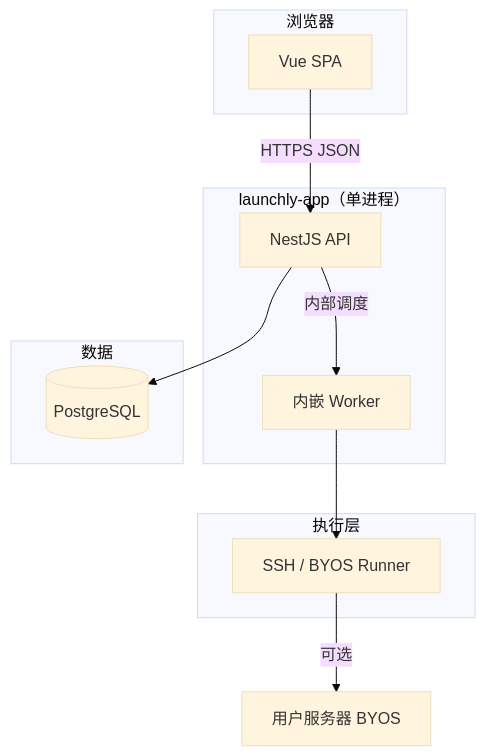
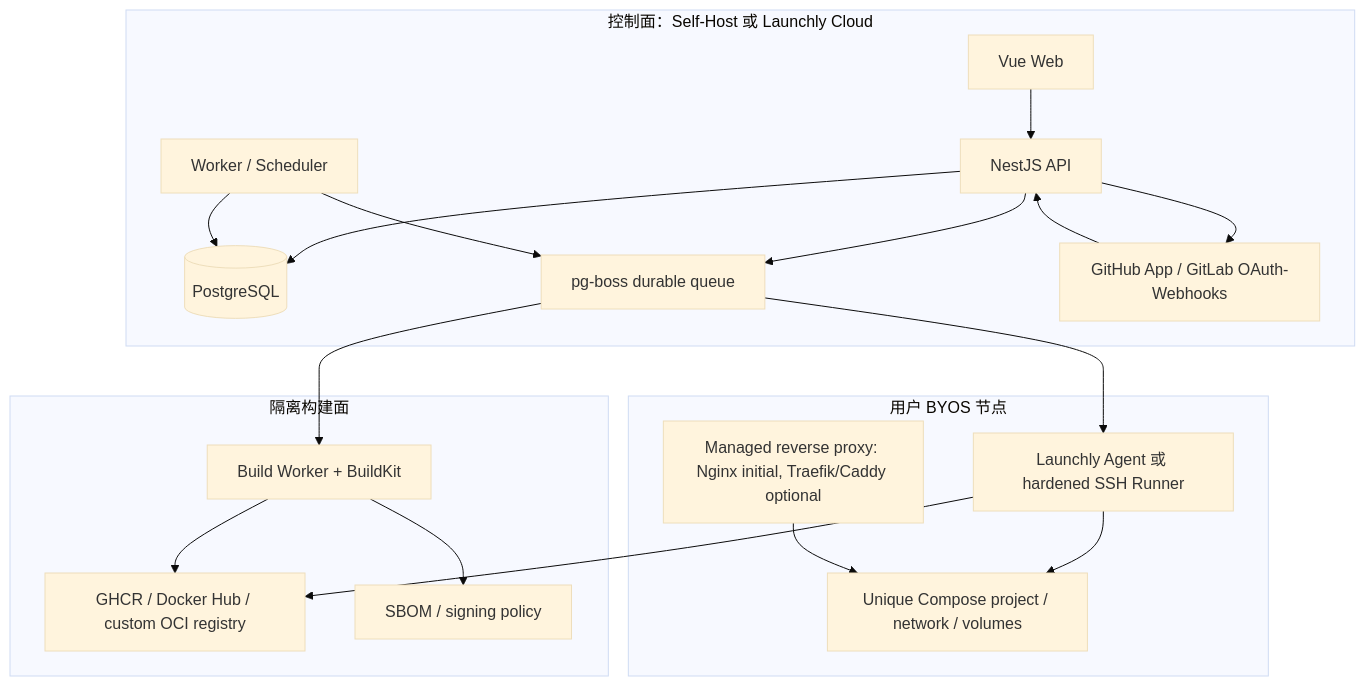
One commit to tppc-linksc/Launchly changed the diagram in docs/basic/技术架构规范.md. Above: the diagram before and after it, drawn with Mermaid (base theme). The commit also changed other lines of this file and 68 other files, not shown here.

````diff
--- a/docs/basic/技术架构规范.md
+++ b/docs/basic/技术架构规范.md
@@ -40,21 +18,23 @@
 ```mermaid
 flowchart TB
-  subgraph Client["浏览器"]
-    WEB["Vue SPA"]
+  subgraph CP["控制面：Self-Host 或 Launchly Cloud"]
+    WEB["Vue Web"] --> API["NestJS API"]
+    API --> PG[("PostgreSQL")]
+    API --> Q["pg-boss durable queue"]
+    WORKER["Worker / Scheduler"] --> Q
+    WORKER --> PG
+    API --> GIT["GitHub App / GitLab OAuth-Webhooks"]
   end
-  subgraph App["launchly-app（单进程）"]
-    API["NestJS API"]
-    W["内嵌 Worker"]
+  subgraph BUILD["隔离构建面"]
+    BW["Build Worker + BuildKit"] --> REG["GHCR / Docker Hub / custom OCI registry"]
+    BW --> SBOM["SBOM / signing policy"]
   end
-  subgraph Data["数据"]
-    PG[(PostgreSQL)]
+  subgraph BYOS["用户 BYOS 节点"]
+    AGENT["Launchly Agent 或 hardened SSH Runner"] --> REG
+    AGENT --> RT["Unique Compose project / network / volumes"]
+    RP["Managed reverse proxy: Nginx initial, Traefik/Caddy optional"] --> RT
   end
-  subgraph Exec["执行层"]
-    SSH["SSH / BYOS Runner"]
-  end
-  WEB -->|HTTPS JSON| API
-  API --> PG
-  API -->|内部调度| W
-  W --> SSH
-  SSH -->|可选| BYOS["用户服务器 BYOS"]
+  Q --> BW
+  Q --> AGENT
+  GIT --> API
 ```
````
